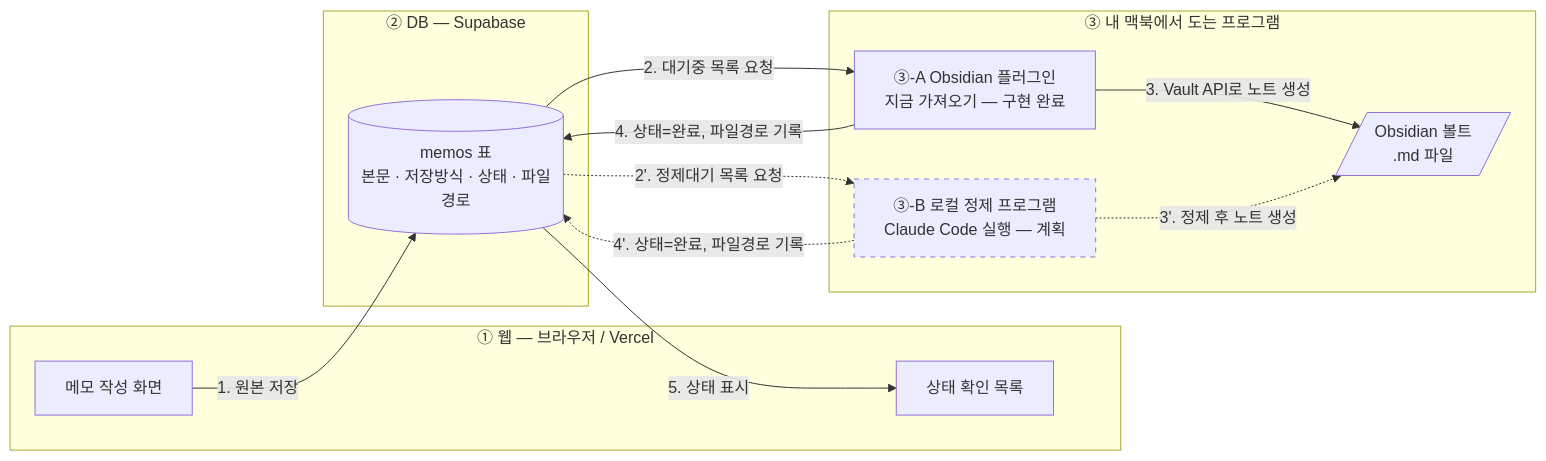
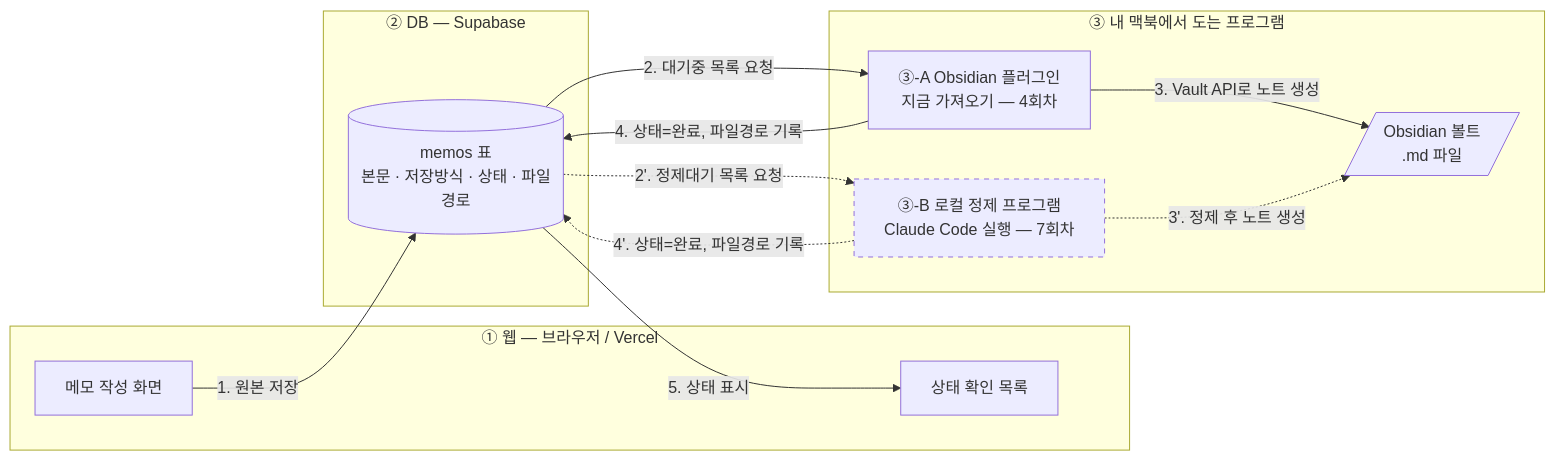
The first of 3 diagrams in docs/architecture.md (sxcrxta/personal-hub), drawn with Mermaid before and after one commit. The commit also changed other lines of this file and 3 other files, not shown here.

````diff
--- a/docs/architecture.md
+++ b/docs/architecture.md
@@ -109,29 +109,29 @@
 ```mermaid
 flowchart LR
   subgraph WEB["① 웹 — 브라우저 / Vercel"]
     A1["메모 작성 화면"]
     A2["상태 확인 목록"]
   end
 
   subgraph DB["② DB — Supabase"]
     B1[("memos 표<br/>본문 · 저장방식 · 상태 · 파일경로")]
   end
 
   subgraph MAC["③ 내 맥북에서 도는 프로그램"]
-    C1["③-A Obsidian 플러그인<br/>지금 가져오기 — 구현 완료"]
-    C2["③-B 로컬 정제 프로그램<br/>Claude Code 실행 — 계획"]
+    C1["③-A Obsidian 플러그인<br/>지금 가져오기 — 4회차"]
+    C2["③-B 로컬 정제 프로그램<br/>Claude Code 실행 — 7회차"]
     V[/"Obsidian 볼트<br/>.md 파일"/]
   end
 
   A1 -->|"1. 원본 저장"| B1
   B1 -->|"2. 대기중 목록 요청"| C1
   B1 -.->|"2'. 정제대기 목록 요청"| C2
   C1 -->|"3. Vault API로 노트 생성"| V
   C2 -.->|"3'. 정제 후 노트 생성"| V
   C1 -->|"4. 상태=완료, 파일경로 기록"| B1
   C2 -.->|"4'. 상태=완료, 파일경로 기록"| B1
   B1 -->|"5. 상태 표시"| A2
 
   classDef todo stroke-dasharray: 5 5;
   class C2 todo;
 ```
````
